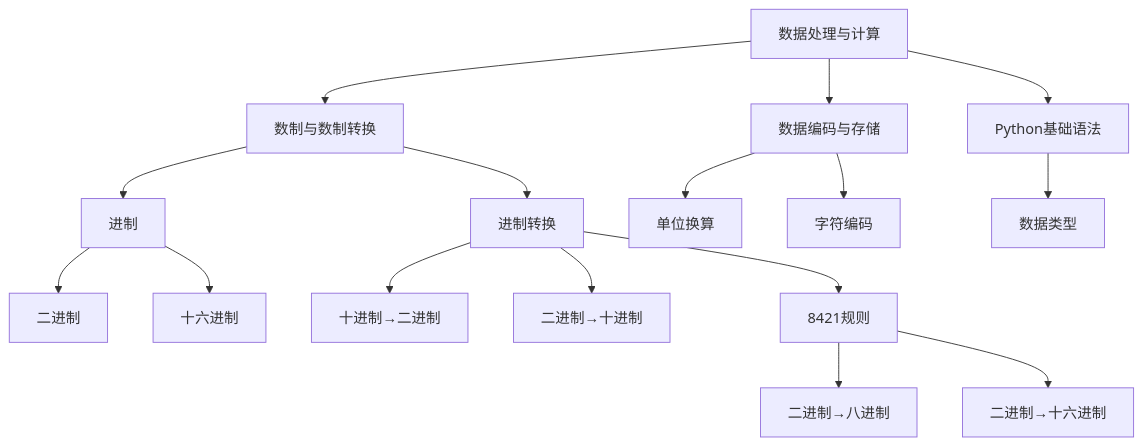
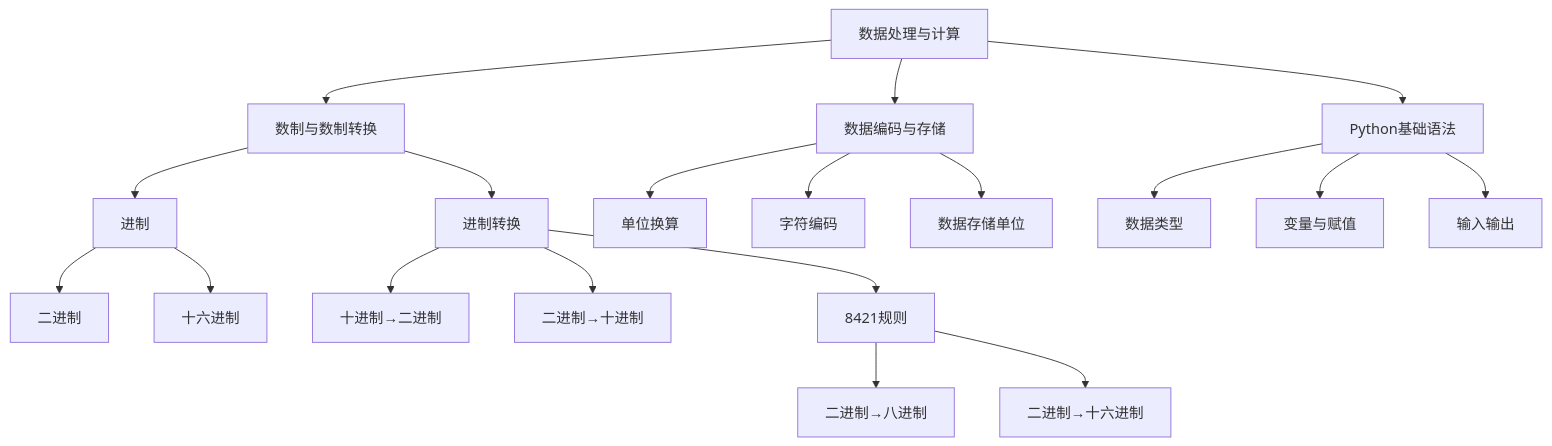
The diagram in 学考复习/专题学案/数据处理与计算.md (wenqn/beike), drawn with Mermaid before and after one commit. The commit also changed other lines of this file, not shown here.

````diff
--- a/学考复习/专题学案/数据处理与计算.md
+++ b/学考复习/专题学案/数据处理与计算.md
@@ -7,18 +7,21 @@
 ```mermaid
 graph TD
     A[数据处理与计算] --> B[数制与数制转换]
     A --> C[数据编码与存储]
     C --> D[单位换算]
     C --> E[字符编码]
     A --> F[Python基础语法]
     F --> G[数据类型]
     O --> H[二进制]
     P --> I[十进制→二进制]
     P --> J[二进制→十进制]
     O --> K[十六进制]
     P --> L[8421规则]
     L --> M[二进制→八进制]
     L --> N[二进制→十六进制]
     B --> O[进制]
     B --> P[进制转换]
+    C --> Q[数据存储单位]
+    F --> R[变量与赋值]
+    F --> S[输入输出]
 ```
````
